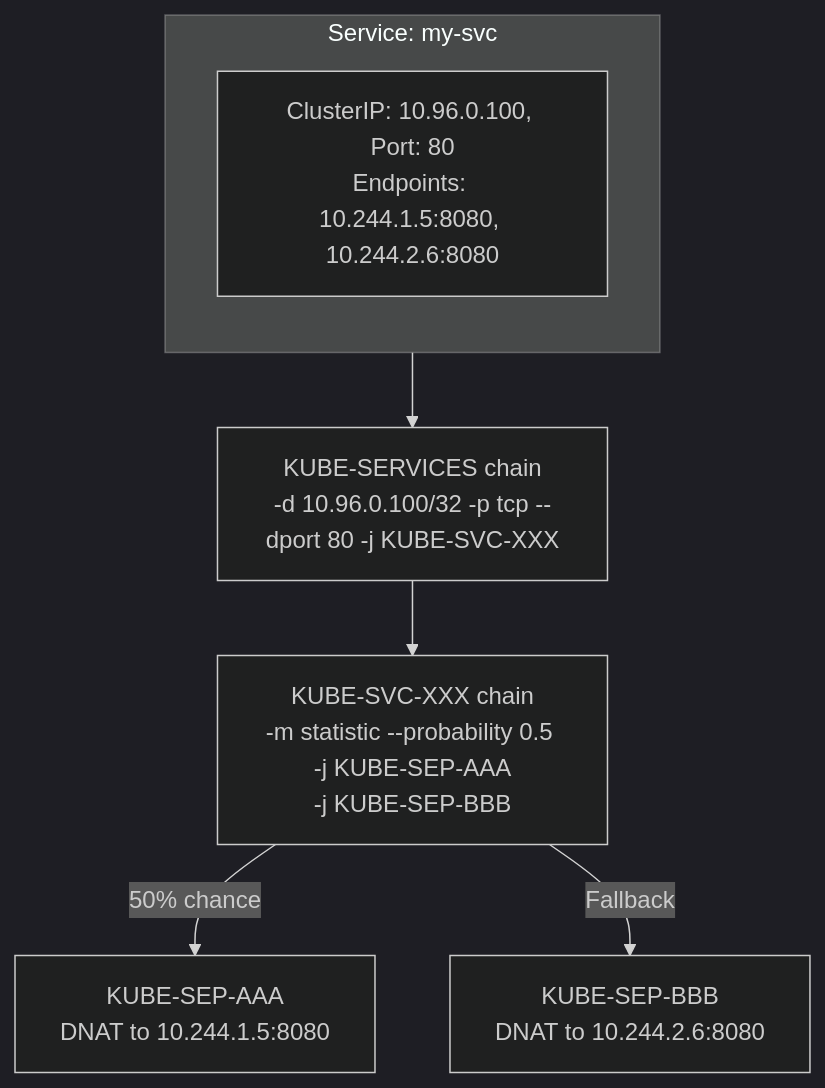
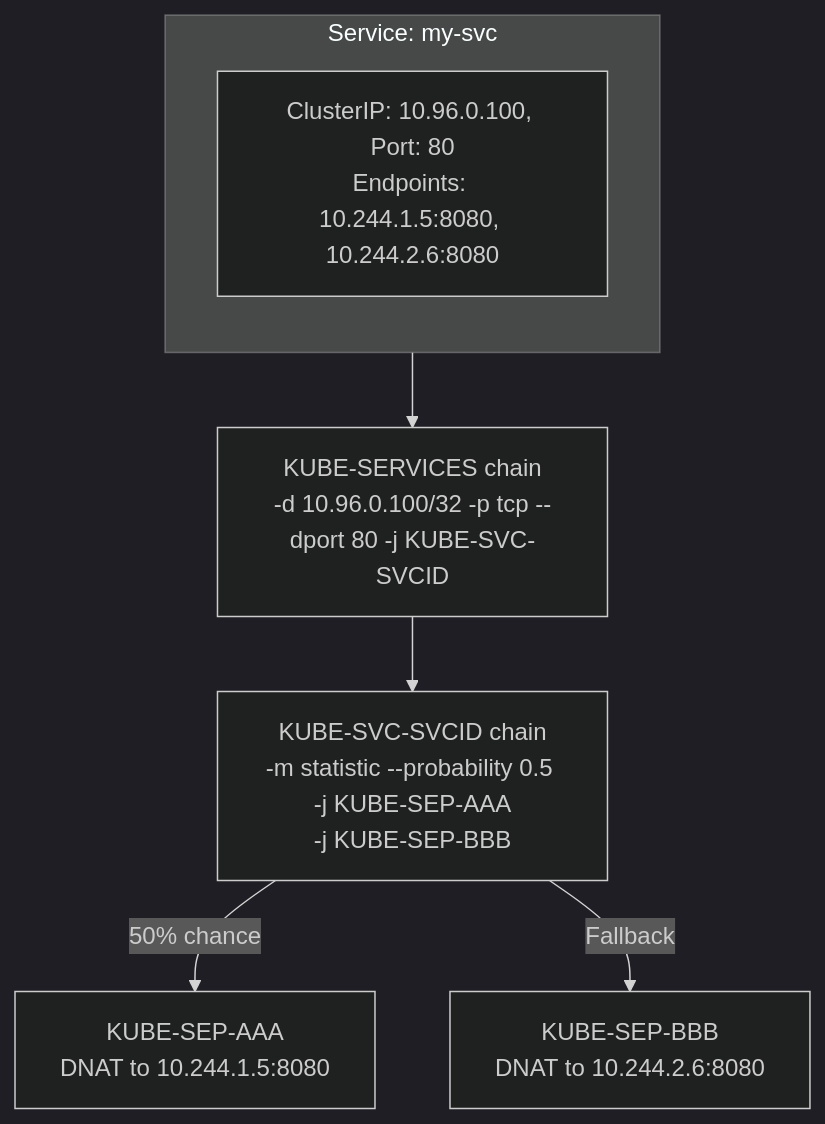
One commit to krisztiankoos/kubedojo changed the third of 5 diagrams in src/content/docs/linux/foundations/networking/module-3.4-iptables-netfilter.md. Above: the diagram before and after it, drawn with Mermaid (dark theme). The commit also changed other lines of this file, not shown here.

````diff
--- a/src/content/docs/linux/foundations/networking/module-3.4-iptables-netfilter.md
+++ b/src/content/docs/linux/foundations/networking/module-3.4-iptables-netfilter.md
@@ -234,19 +244,19 @@
 ```mermaid
 flowchart TD
     subgraph Service [Service: my-svc]
         direction TB
         Desc[ClusterIP: 10.96.0.100, Port: 80<br/>Endpoints: 10.244.1.5:8080, 10.244.2.6:8080]
     end
     
-    KubeSvc[KUBE-SERVICES chain<br/>-d 10.96.0.100/32 -p tcp --dport 80 -j KUBE-SVC-XXX]
+    KubeSvc[KUBE-SERVICES chain<br/>-d 10.96.0.100/32 -p tcp --dport 80 -j KUBE-SVC-SVCID]
     Service --> KubeSvc
     
-    KubeLb[KUBE-SVC-XXX chain<br/>-m statistic --probability 0.5 -j KUBE-SEP-AAA<br/>-j KUBE-SEP-BBB]
+    KubeLb[KUBE-SVC-SVCID chain<br/>-m statistic --probability 0.5 -j KUBE-SEP-AAA<br/>-j KUBE-SEP-BBB]
     KubeSvc --> KubeLb
     
     SepA[KUBE-SEP-AAA<br/>DNAT to 10.244.1.5:8080]
     SepB[KUBE-SEP-BBB<br/>DNAT to 10.244.2.6:8080]
     
     KubeLb -->|50% chance| SepA
     KubeLb -->|Fallback| SepB
 ```
````
